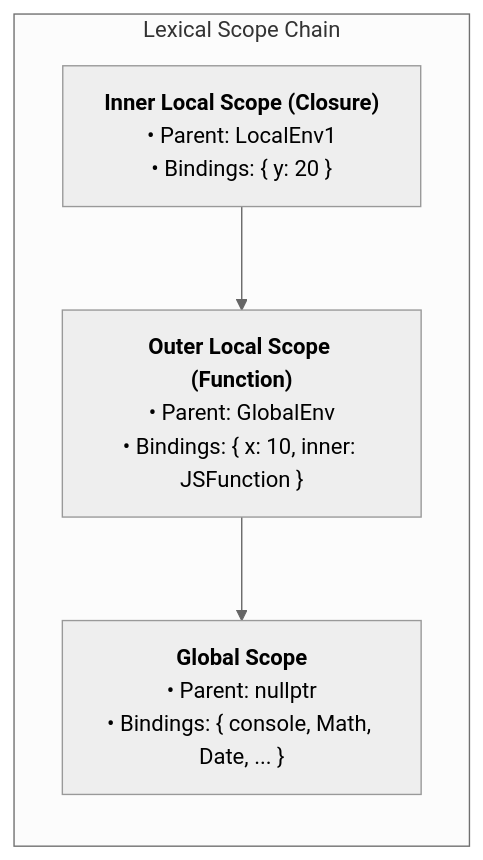
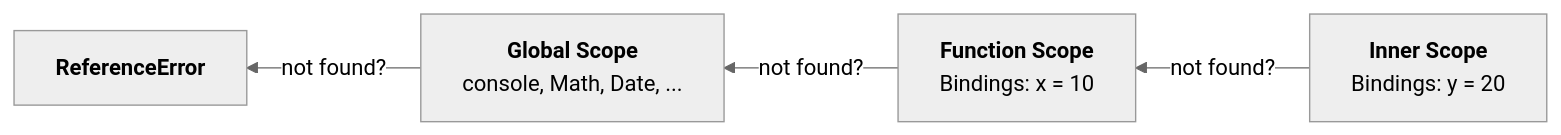
Before and after one commit to srikant-panda/jsling: the third of 4 diagrams in README.md, drawn with Mermaid (neutral theme). The commit also changed other lines of this file and 11 other files, not shown here.

````diff
--- a/README.md
+++ b/README.md
@@ -308,8 +329,7 @@
 ```mermaid
 flowchart RL
-    subgraph EnvironmentChain [Lexical Scope Chain]
-        LocalEnv2["<b>Inner Local Scope (Closure)</b><br>• Parent: LocalEnv1<br>• Bindings: { y: 20 }"] 
-        --> LocalEnv1["<b>Outer Local Scope (Function)</b><br>• Parent: GlobalEnv<br>• Bindings: { x: 10, inner: JSFunction }"]
-        --> GlobalEnv["<b>Global Scope</b><br>• Parent: nullptr<br>• Bindings: { console, Math, Date, ... }"]
-    end
+    LocalScope["<b>Inner Scope</b><br>Bindings: y = 20"]
+    -->|not found?| FunctionScope["<b>Function Scope</b><br>Bindings: x = 10"]
+    -->|not found?| GlobalScope["<b>Global Scope</b><br>console, Math, Date, ..."]
+    -->|not found?| Error["<b>ReferenceError</b>"]
 ```
````
